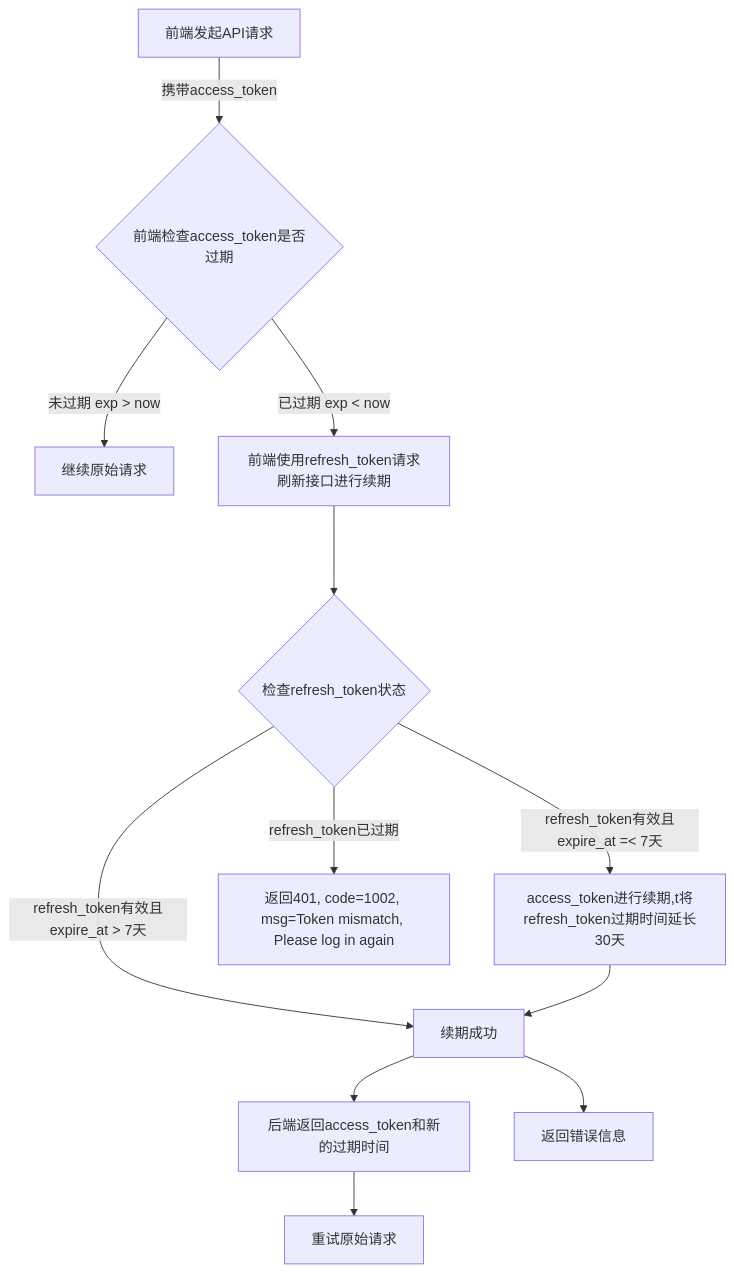
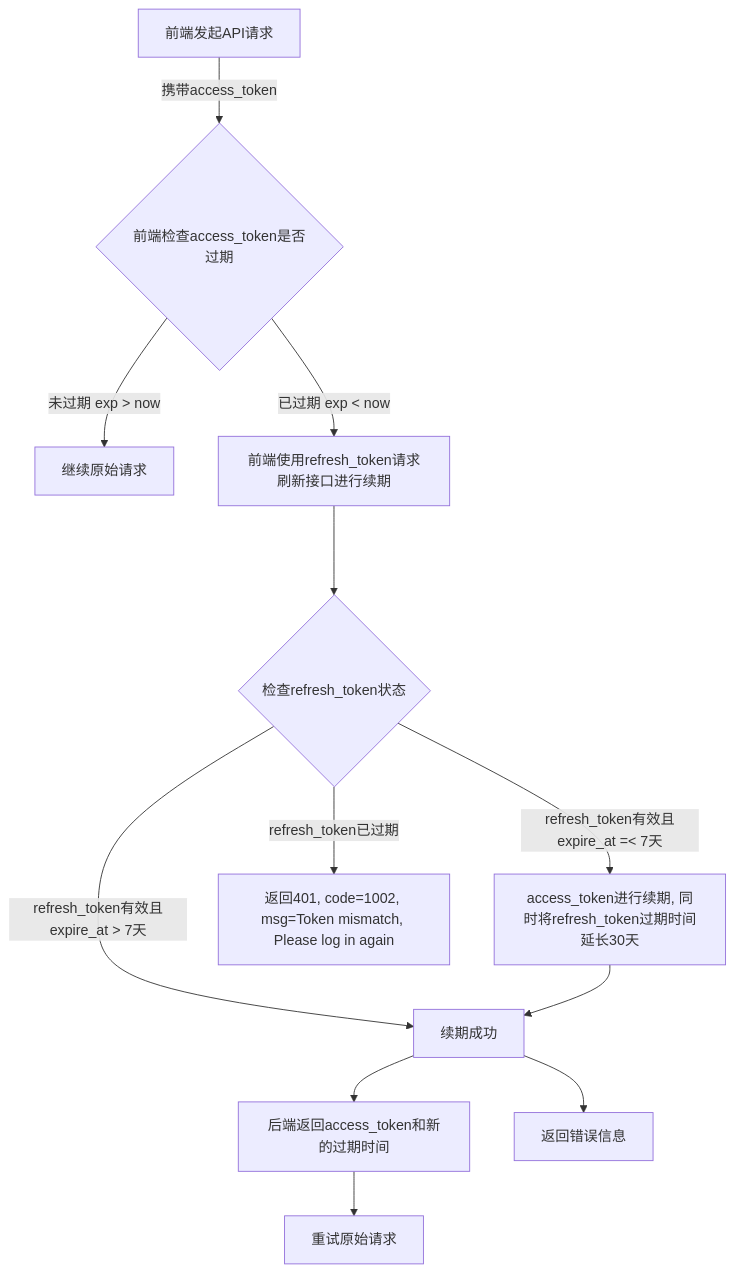
The diagram in all/openAPI-17.md (yingjianzh/iodraw-files), drawn with Mermaid before and after one commit.

Commit message:
2025-01-08 18:17:41 update

````diff
--- a/all/openAPI-17.md
+++ b/all/openAPI-17.md
@@ -1,15 +1,15 @@
 ```mermaid
 flowchart TD
     A[前端发起API请求] -->|携带access_token| B{前端检查access_token是否过期}
     B -->|未过期 exp > now| C[继续原始请求]
     B -->|已过期 exp < now| D[前端使用refresh_token请求刷新接口进行续期]
     D ---> L{检查refresh_token状态}
-    L -->|refresh_token有效且expire_at =< 7天| E[access_token进行续期,t将refresh_token过期时间延长30天]
+    L -->|refresh_token有效且expire_at =< 7天| E[access_token进行续期, 同时将refresh_token过期时间延长30天]
     L -->|refresh_token已过期| F[返回401, code=1002, msg=Token mismatch, Please log in again]
     L -->|refresh_token有效且expire_at > 7天 | G[续期成功]
     G -->H[后端返回access_token和新的过期时间]
     G -->I[返回错误信息]
     H --> J[重试原始请求]
     E --> G
 
 ```
````
